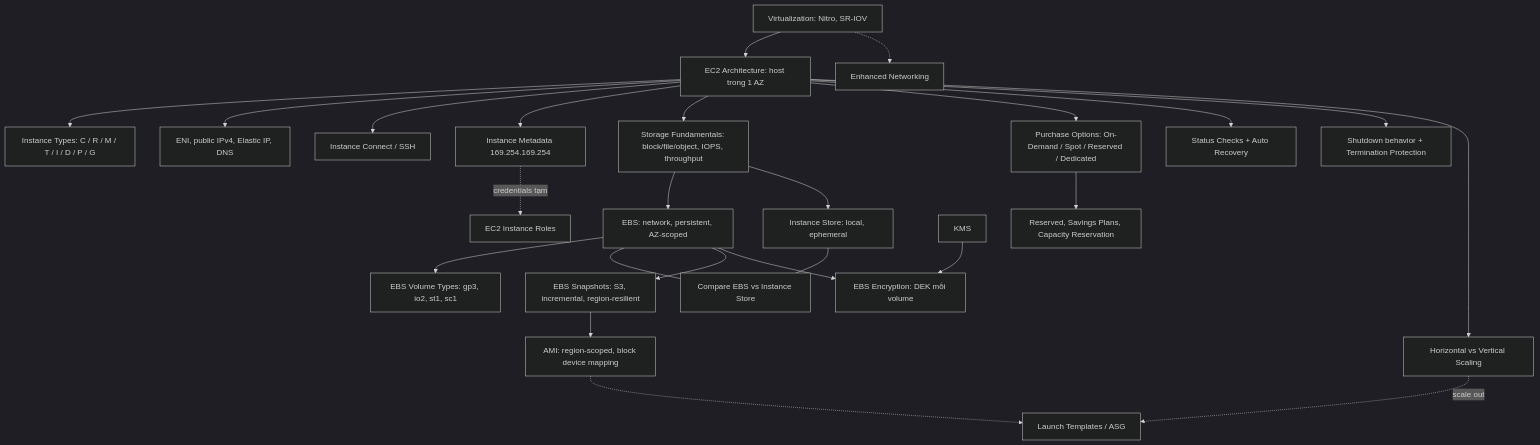
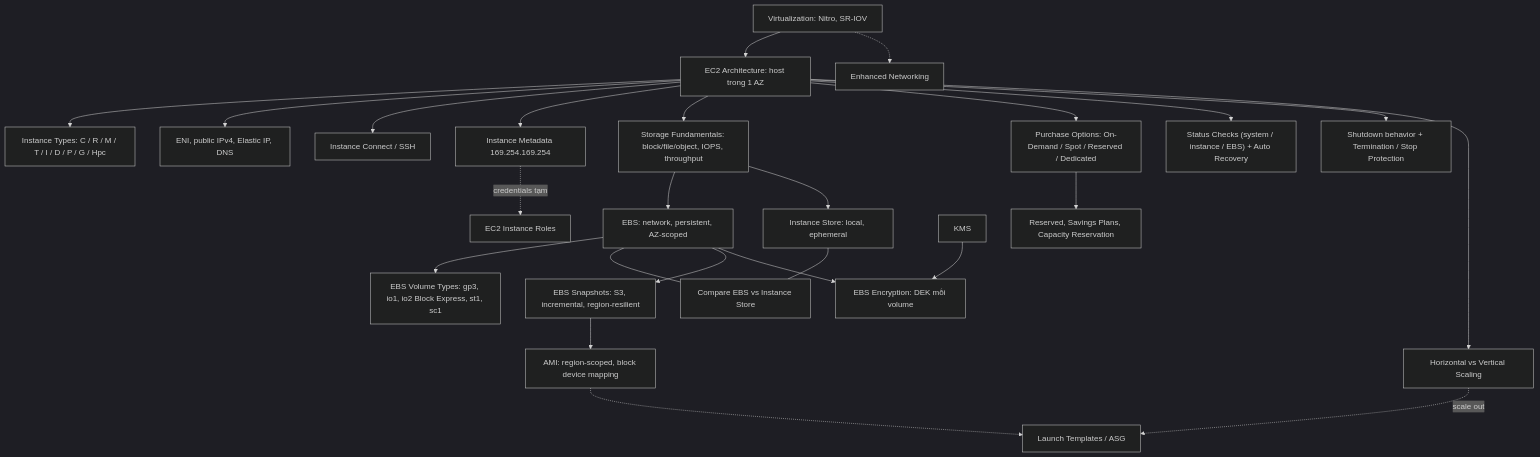
Before and after one commit to hairbui76/aws-saa-c03: the diagram in data/07 EC2/_MOC 07 EC2.md, drawn with Mermaid (dark theme). The commit also changed other lines of this file and 81 other files, not shown here.

````diff
--- a/data/07 EC2/_MOC 07 EC2.md
+++ b/data/07 EC2/_MOC 07 EC2.md
@@ -33,27 +33,27 @@
 ```mermaid
 flowchart TB
   VIRT["Virtualization: Nitro, SR-IOV"] --> ARCH["EC2 Architecture: host trong 1 AZ"]
   VIRT -.-> ENH["Enhanced Networking"]
-  ARCH --> TYPES["Instance Types: C / R / M / T / I / D / P / G"]
+  ARCH --> TYPES["Instance Types: C / R / M / T / I / D / P / G / Hpc"]
   ARCH --> NET["ENI, public IPv4, Elastic IP, DNS"]
   ARCH --> CONN["Instance Connect / SSH"]
   ARCH --> META["Instance Metadata 169.254.169.254"]
   META -.->|"credentials tạm"| ROLE["EC2 Instance Roles"]
   ARCH --> STOR["Storage Fundamentals: block/file/object, IOPS, throughput"]
   STOR --> EBS["EBS: network, persistent, AZ-scoped"]
   STOR --> IS["Instance Store: local, ephemeral"]
-  EBS --> VT["EBS Volume Types: gp3, io2, st1, sc1"]
+  EBS --> VT["EBS Volume Types: gp3, io1, io2 Block Express, st1, sc1"]
   EBS --- CMP["Compare EBS vs Instance Store"]
   IS --- CMP
   EBS --> SNAP["EBS Snapshots: S3, incremental, region-resilient"]
   KMS["KMS"] --> ENC["EBS Encryption: DEK mỗi volume"]
   EBS --> ENC
   SNAP --> AMI["AMI: region-scoped, block device mapping"]
   AMI -.-> LT["Launch Templates / ASG"]
   ARCH --> BUY["Purchase Options: On-Demand / Spot / Reserved / Dedicated"]
   BUY --> RI["Reserved, Savings Plans, Capacity Reservation"]
-  ARCH --> HC["Status Checks + Auto Recovery"]
-  ARCH --> TERM["Shutdown behavior + Termination Protection"]
+  ARCH --> HC["Status Checks (system / instance / EBS) + Auto Recovery"]
+  ARCH --> TERM["Shutdown behavior + Termination / Stop Protection"]
   ARCH --> SCALE["Horizontal vs Vertical Scaling"]
   SCALE -.->|"scale out"| LT
 ```
````
